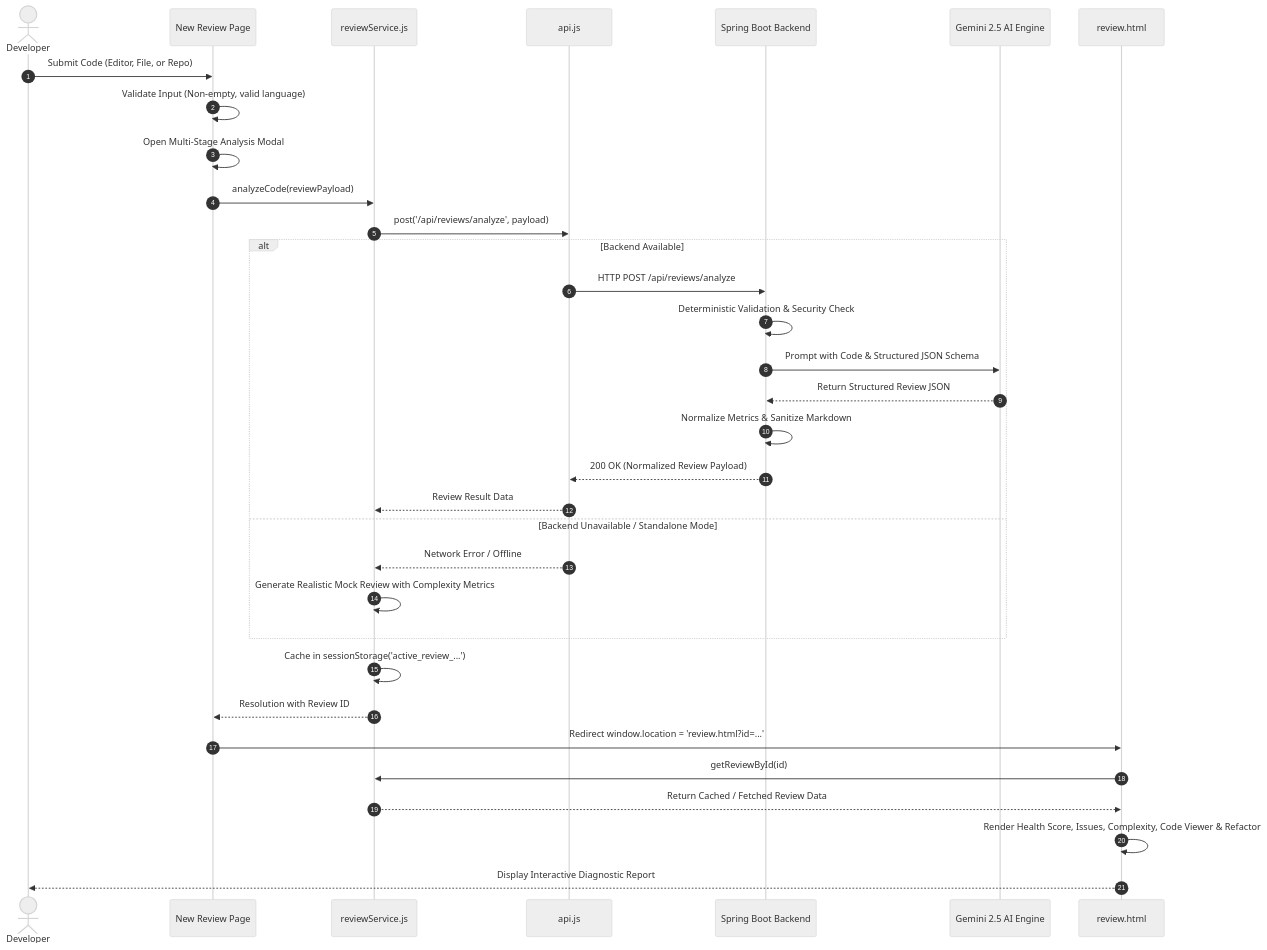
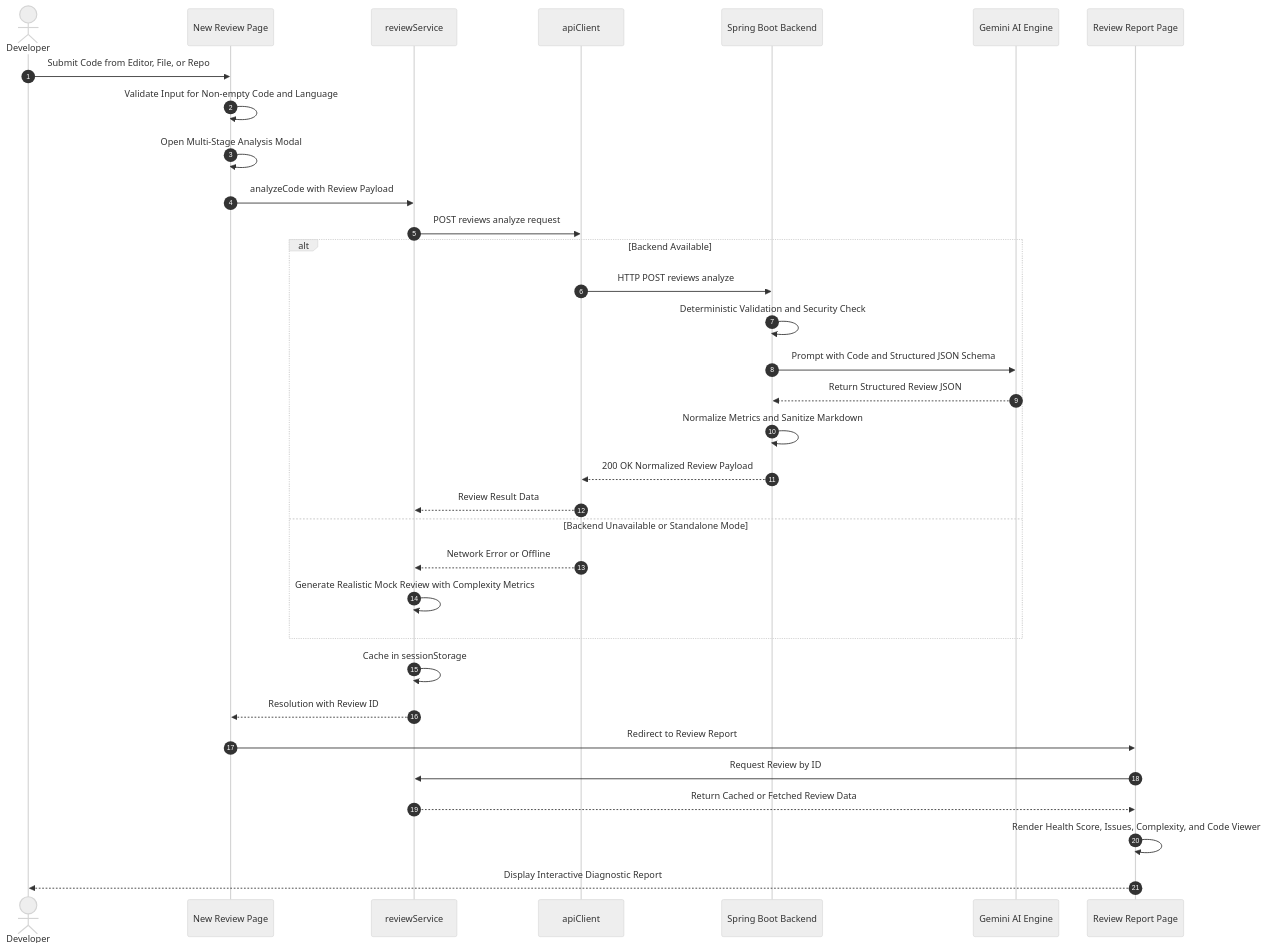
Before and after one commit to Raj-Panwar/AICode-Reviewer: the fifth of 11 diagrams in README.md, drawn with Mermaid (neutral theme). The commit also changed other lines of this file, not shown here.

First line of the commit message:
docs: update flowchart labels in README

````diff
--- a/README.md
+++ b/README.md
@@ -428,38 +428,38 @@
 ```mermaid
 sequenceDiagram
     autonumber
     actor User as Developer
     participant UI as New Review Page
-    participant Service as reviewService.js
-    participant API as api.js
+    participant Service as reviewService
+    participant API as apiClient
     participant Backend as Spring Boot Backend
-    participant Gemini as Gemini 2.5 AI Engine
-    participant ResultPage as review.html
+    participant Gemini as Gemini AI Engine
+    participant ResultPage as Review Report Page
 
-    User->>UI: Submit Code (Editor, File, or Repo)
-    UI->>UI: Validate Input (Non-empty, valid language)
+    User->>UI: Submit Code from Editor, File, or Repo
+    UI->>UI: Validate Input for Non-empty Code and Language
     UI->>UI: Open Multi-Stage Analysis Modal
-    UI->>Service: analyzeCode(reviewPayload)
-    Service->>API: post('/api/reviews/analyze', payload)
+    UI->>Service: analyzeCode with Review Payload
+    Service->>API: POST reviews analyze request
 
     alt Backend Available
-        API->>Backend: HTTP POST /api/reviews/analyze
-        Backend->>Backend: Deterministic Validation & Security Check
-        Backend->>Gemini: Prompt with Code & Structured JSON Schema
+        API->>Backend: HTTP POST reviews analyze
+        Backend->>Backend: Deterministic Validation and Security Check
+        Backend->>Gemini: Prompt with Code and Structured JSON Schema
         Gemini-->>Backend: Return Structured Review JSON
-        Backend->>Backend: Normalize Metrics & Sanitize Markdown
-        Backend-->>API: 200 OK (Normalized Review Payload)
+        Backend->>Backend: Normalize Metrics and Sanitize Markdown
+        Backend-->>API: 200 OK Normalized Review Payload
         API-->>Service: Review Result Data
-    else Backend Unavailable / Standalone Mode
-        API-->>Service: Network Error / Offline
+    else Backend Unavailable or Standalone Mode
+        API-->>Service: Network Error or Offline
         Service->>Service: Generate Realistic Mock Review with Complexity Metrics
     end
 
-    Service->>Service: Cache in sessionStorage('active_review_...')
+    Service->>Service: Cache in sessionStorage
     Service-->>UI: Resolution with Review ID
-    UI->>ResultPage: Redirect window.location = 'review.html?id=...'
-    ResultPage->>Service: getReviewById(id)
-    Service-->>ResultPage: Return Cached / Fetched Review Data
-    ResultPage->>ResultPage: Render Health Score, Issues, Complexity, Code Viewer & Refactor
+    UI->>ResultPage: Redirect to Review Report
+    ResultPage->>Service: Request Review by ID
+    Service-->>ResultPage: Return Cached or Fetched Review Data
+    ResultPage->>ResultPage: Render Health Score, Issues, Complexity, and Code Viewer
     ResultPage-->>User: Display Interactive Diagnostic Report
 ```
````
